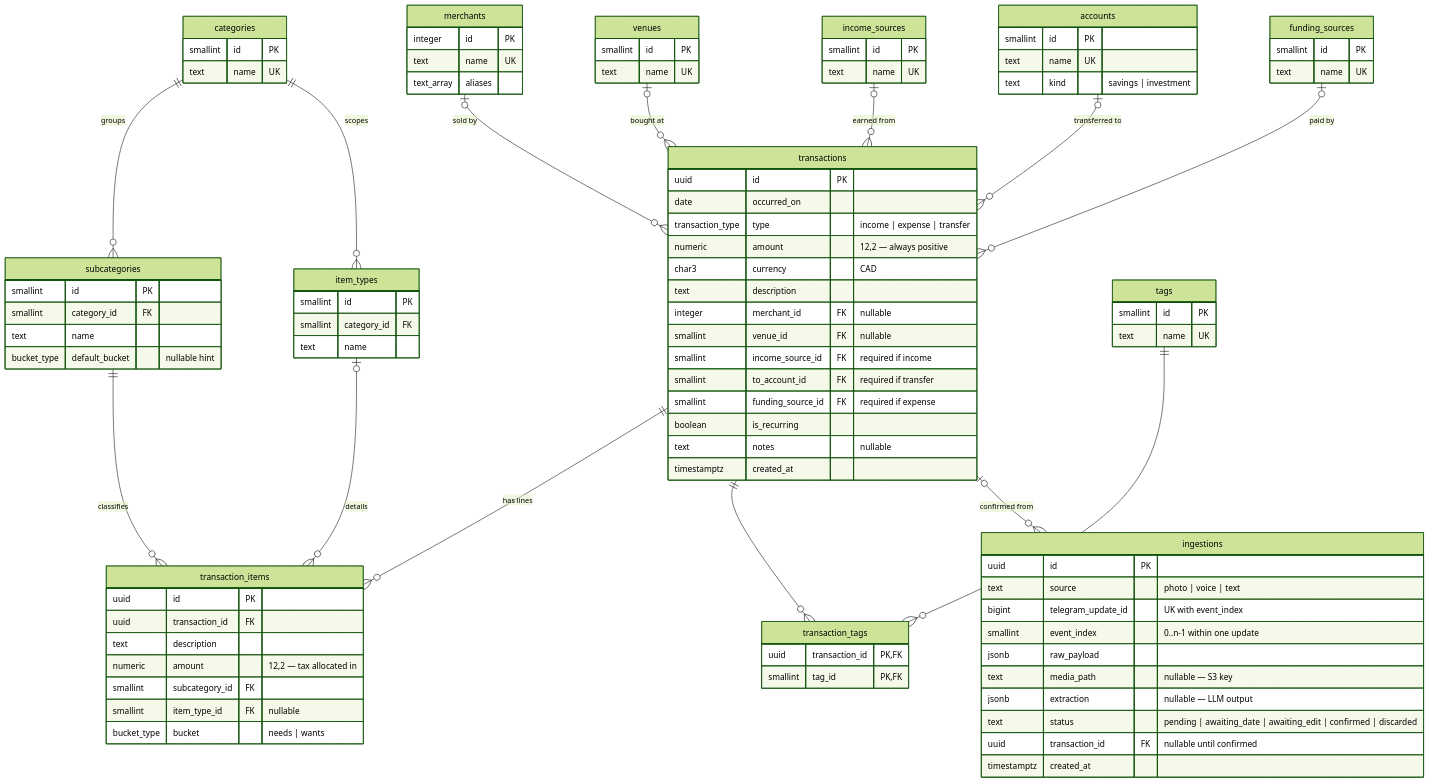
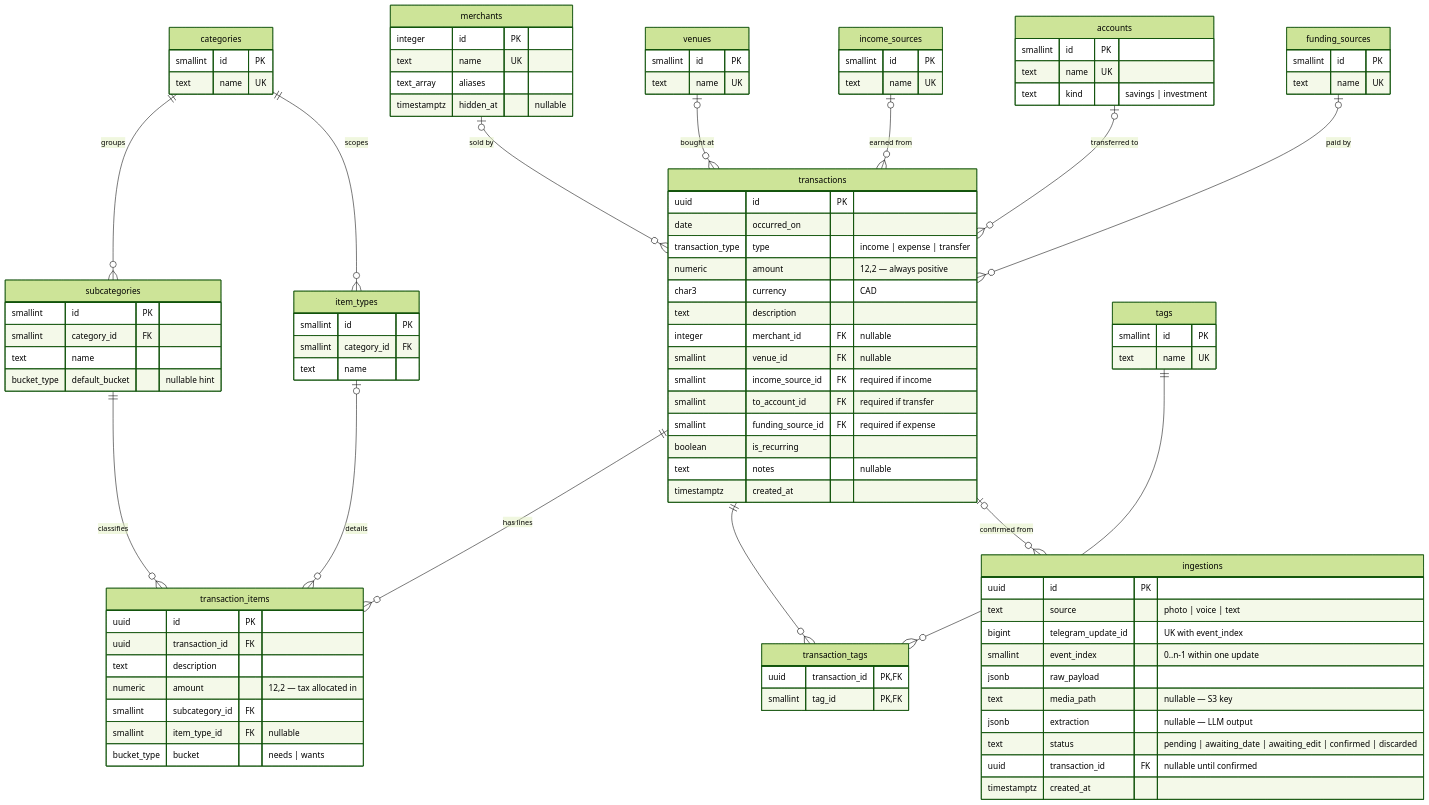
One commit to rafachan3/finflow changed the diagram in docs/DATA_MODEL.md. Above: the diagram before and after it, drawn with Mermaid (forest theme). The commit also changed other lines of this file and 10 other files, not shown here.

```diff
--- a/docs/DATA_MODEL.md
+++ b/docs/DATA_MODEL.md
@@ -109,6 +109,7 @@
     integer id PK
     text name UK
     text_array aliases
+    timestamptz hidden_at "nullable"
   }
 
   venues {
```
